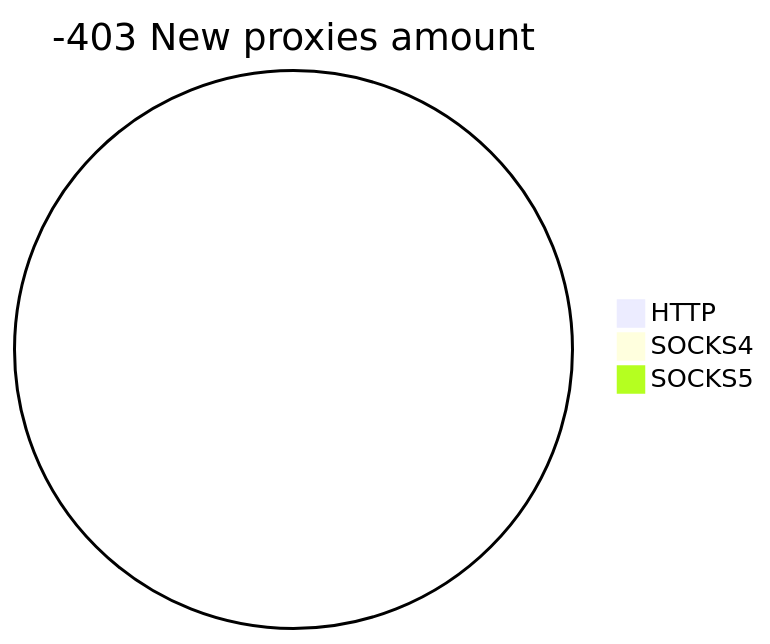
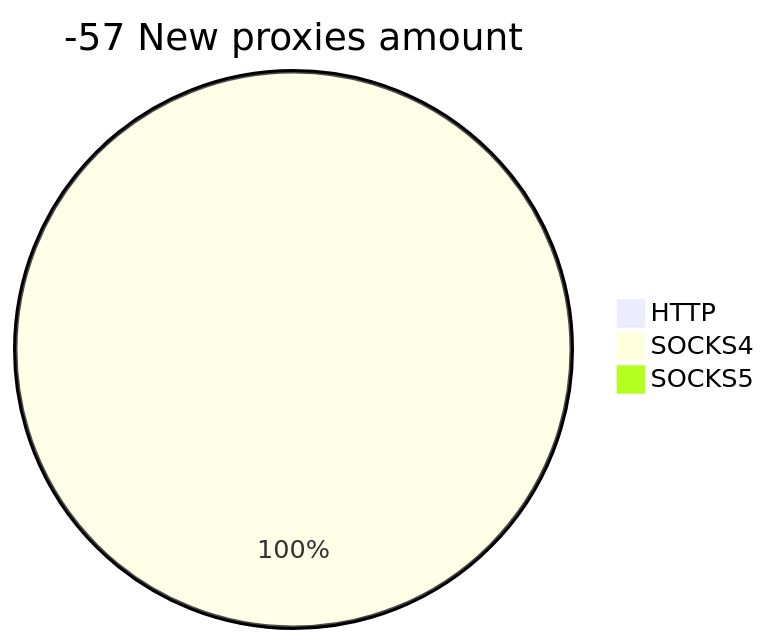
The second of 2 diagrams in README.md (cutipu/proxylist), drawn with Mermaid before and after one commit. The commit also changed other lines of this file, not shown here.

````diff
--- a/README.md
+++ b/README.md
@@ -10,6 +10,6 @@
 ```mermaid
-pie title -403 New proxies amount
+pie title -57 New proxies amount
     "HTTP" : 0
-    "SOCKS4" : 0
+    "SOCKS4" : 2
     "SOCKS5" : 0
 ```
````
